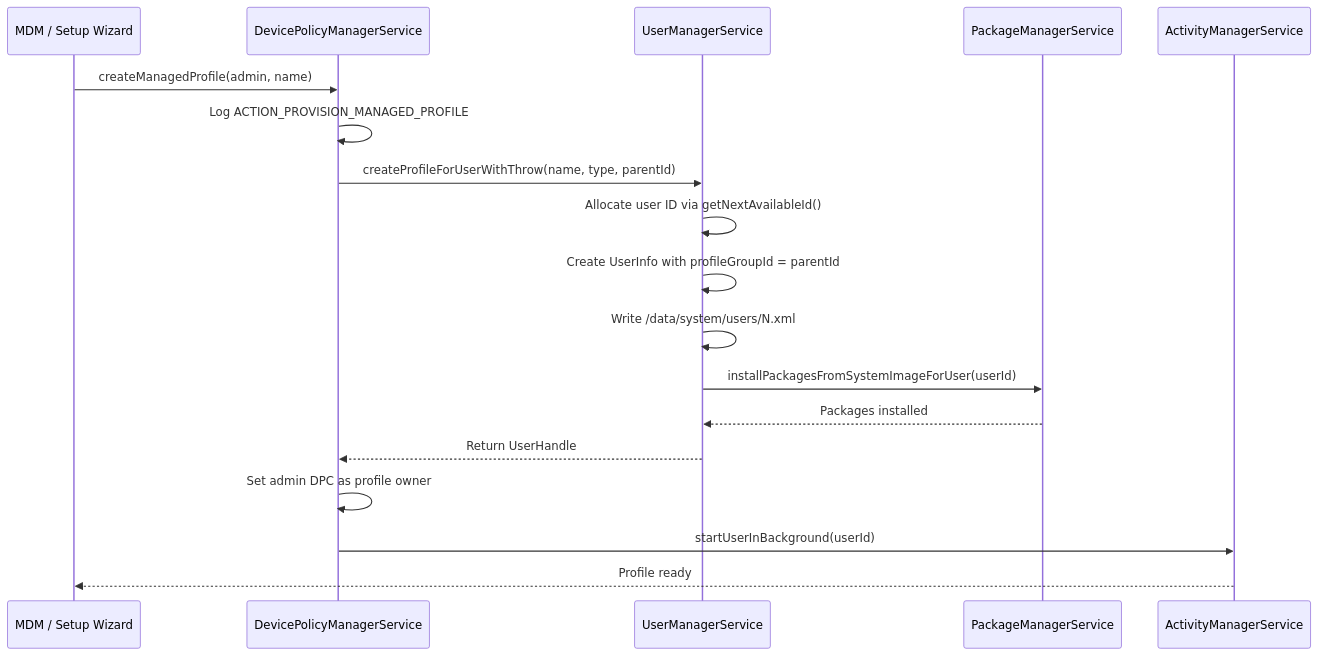
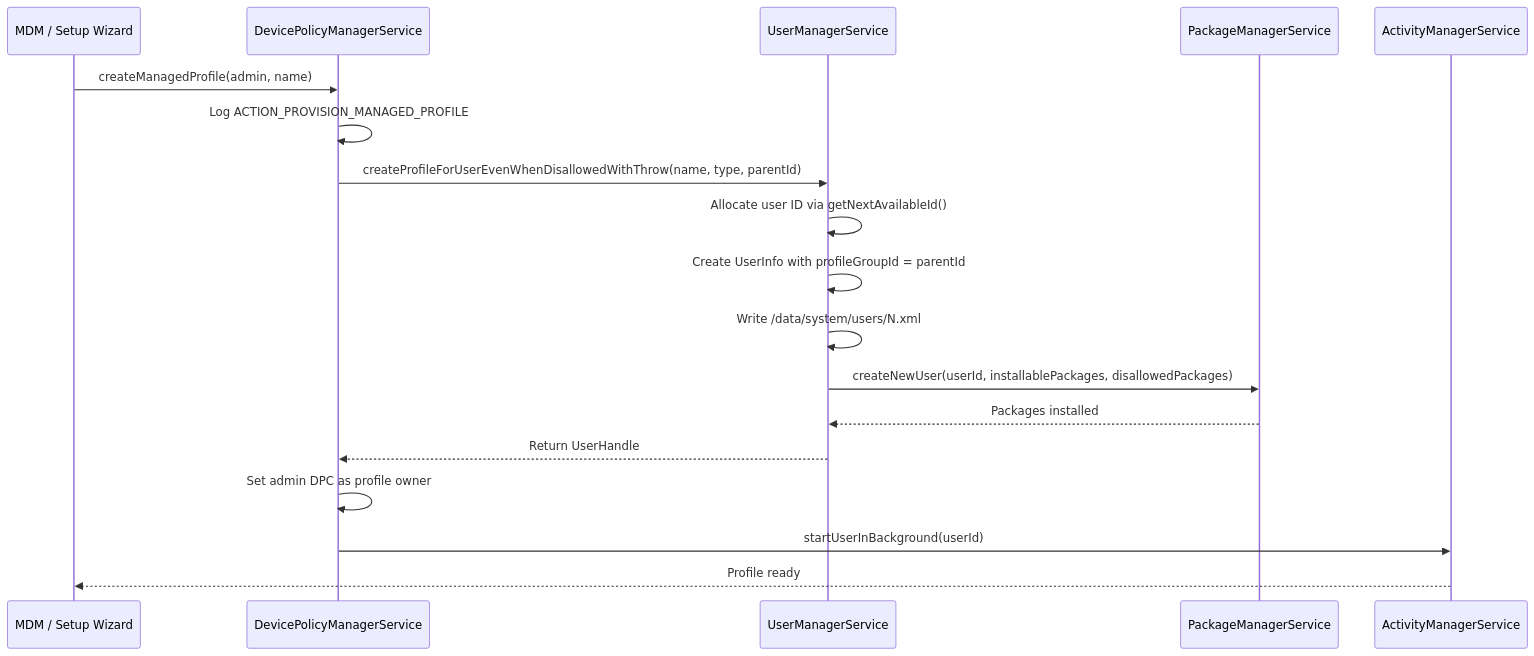
The ninth of 28 diagrams in 31-multi-user.md (aospbooks/aosp-internal-book), drawn with Mermaid before and after one commit. The commit also changed other lines of this file and 218 other files, not shown here.

````diff
--- a/31-multi-user.md
+++ b/31-multi-user.md
@@ -962,21 +968,21 @@
 ```mermaid
 sequenceDiagram
     participant MDM as MDM / Setup Wizard
     participant DPM as DevicePolicyManagerService
     participant UMS as UserManagerService
     participant PM as PackageManagerService
     participant AM as ActivityManagerService
 
     MDM->>DPM: createManagedProfile(admin, name)
     DPM->>DPM: Log ACTION_PROVISION_MANAGED_PROFILE
-    DPM->>UMS: createProfileForUserWithThrow(name, type, parentId)
+    DPM->>UMS: createProfileForUserEvenWhenDisallowedWithThrow(name, type, parentId)
     UMS->>UMS: Allocate user ID via getNextAvailableId()
     UMS->>UMS: Create UserInfo with profileGroupId = parentId
     UMS->>UMS: Write /data/system/users/N.xml
-    UMS->>PM: installPackagesFromSystemImageForUser(userId)
+    UMS->>PM: createNewUser(userId, installablePackages, disallowedPackages)
     PM-->>UMS: Packages installed
     UMS-->>DPM: Return UserHandle
     DPM->>DPM: Set admin DPC as profile owner
     DPM->>AM: startUserInBackground(userId)
     AM-->>MDM: Profile ready
 ```
````
